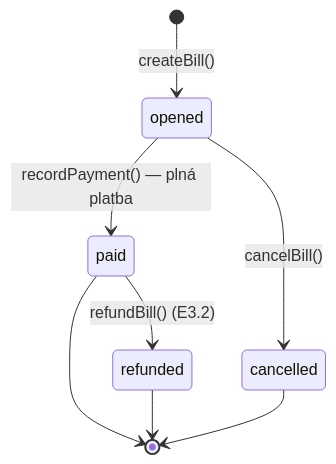
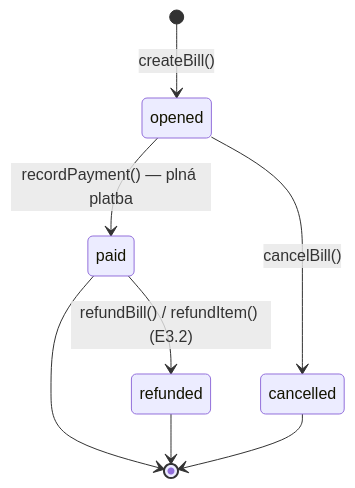
One commit to Tomakas/deskpos changed the seventh of 14 diagrams in PROJECT.md. Above: the diagram before and after it, drawn with Mermaid. The commit also changed other lines of this file and 42 other files, not shown here.

````diff
--- a/PROJECT.md
+++ b/PROJECT.md
@@ -1717,10 +1719,10 @@
 ```mermaid
 stateDiagram-v2
     [*] --> opened: createBill()
     opened --> paid: recordPayment() — plná platba
     opened --> cancelled: cancelBill()
-    paid --> refunded: refundBill() (E3.2)
+    paid --> refunded: refundBill() / refundItem() (E3.2)
     paid --> [*]
     refunded --> [*]
     cancelled --> [*]
 ```
````
